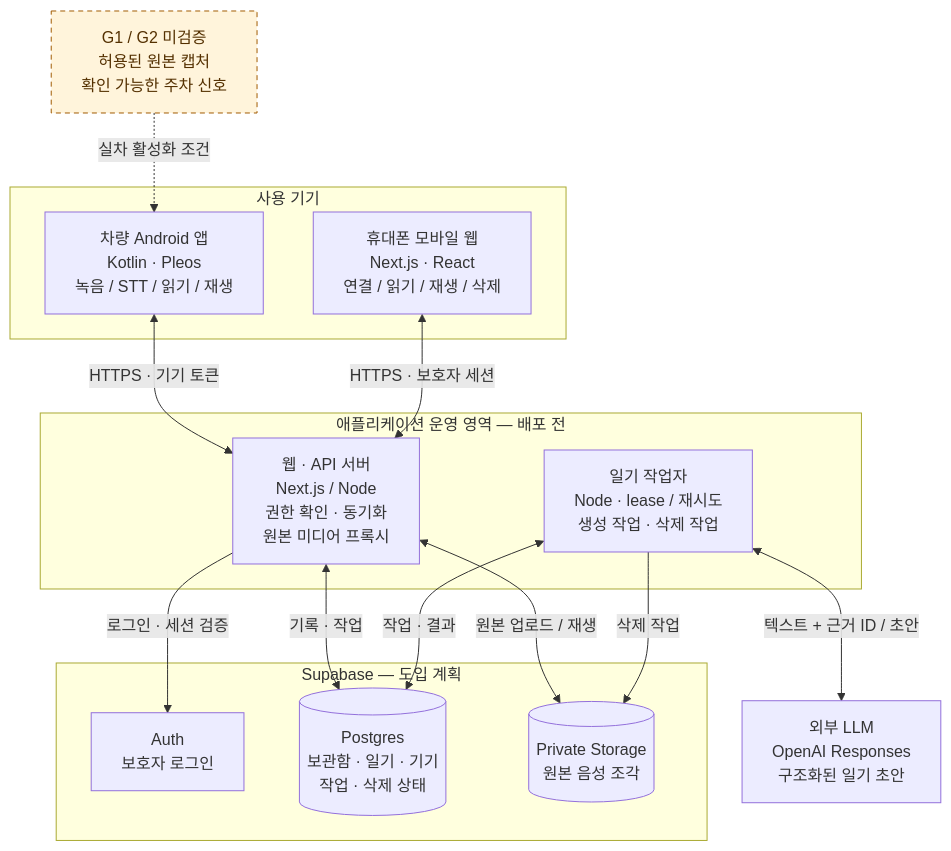
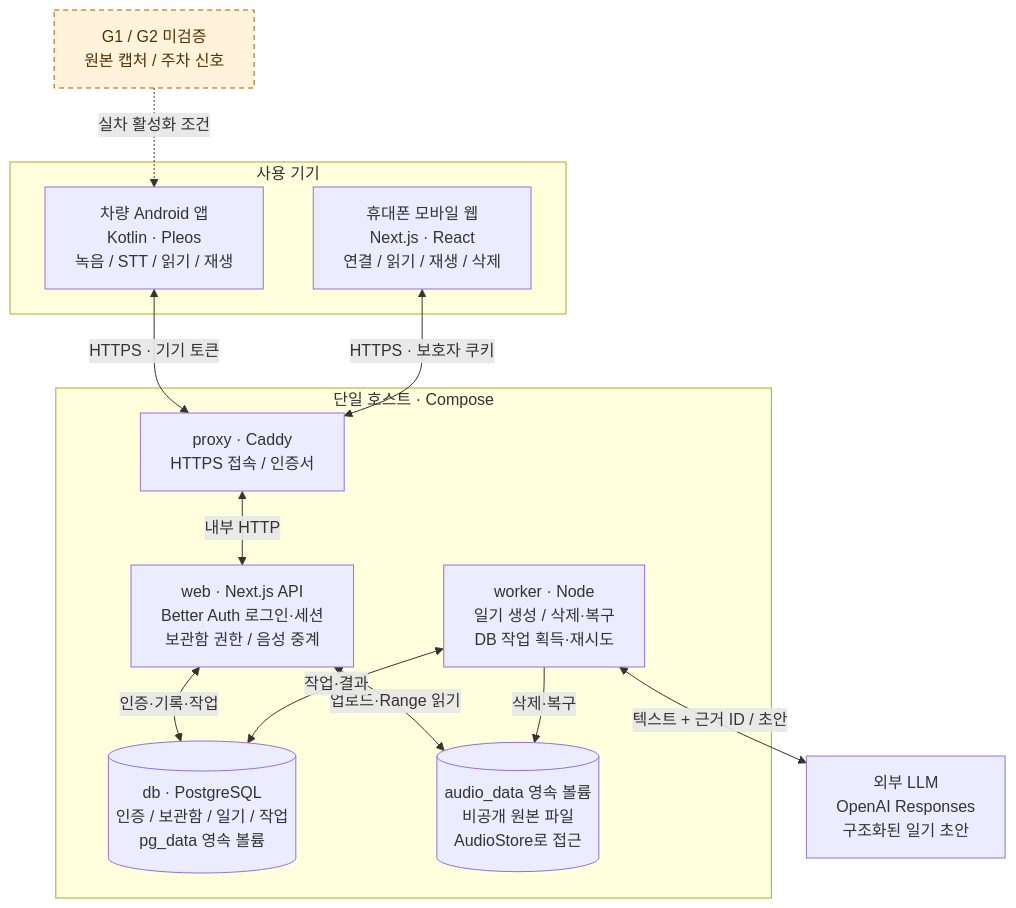
Before and after one commit to LSHgrandvoyage/hmg-family-diary: the diagram in docs/architecture/system.mmd, drawn with Mermaid. The commit also changed 19 other files, not shown here.

Commit message:
docs: replace Supabase plan with Docker Compose prototype

```diff
--- a/docs/architecture/system.mmd
+++ b/docs/architecture/system.mmd
@@ -1,29 +1,27 @@
 flowchart TB
-  accTitle: 가족 여행일기 시스템 아키텍처
-  accDescr: 계획상의 차량 앱과 휴대폰 웹이 인증 API를 통해 보관함을 사용하고 작업자가 텍스트를 정리한다. 차량 원본 캡처와 주차 신호는 미검증이다.
+  accTitle: Docker Compose 기반 가족 여행일기 시스템 아키텍처
+  accDescr: 차량 앱과 휴대폰 웹이 HTTPS 프록시로 단일 호스트의 API에 접속한다. 앱 내부 Better Auth와 PostgreSQL, 비공개 음성 볼륨을 사용한다. 실제 차량 캡처와 주차 신호는 미검증이다.
   subgraph clients["사용 기기"]
     car["차량 Android 앱<br/>Kotlin · Pleos<br/>녹음 / STT / 읽기 / 재생"]
     phone["휴대폰 모바일 웹<br/>Next.js · React<br/>연결 / 읽기 / 재생 / 삭제"]
   end
-  subgraph service["애플리케이션 운영 영역 — 배포 전"]
-    api["웹 · API 서버<br/>Next.js / Node<br/>권한 확인 · 동기화<br/>원본 미디어 프록시"]
-    worker["일기 작업자<br/>Node · lease / 재시도<br/>생성 작업 · 삭제 작업"]
-  end
-  subgraph managed["Supabase — 도입 계획"]
-    auth["Auth<br/>보호자 로그인"]
-    db[("Postgres<br/>보관함 · 일기 · 기기<br/>작업 · 삭제 상태")]
-    files[("Private Storage<br/>원본 음성 조각")]
+  subgraph host["단일 호스트 · Compose"]
+    proxy["proxy · Caddy<br/>HTTPS 접속 / 인증서"]
+    api["web · Next.js API<br/>Better Auth 로그인·세션<br/>보관함 권한 / 음성 중계"]
+    worker["worker · Node<br/>일기 생성 / 삭제·복구<br/>DB 작업 획득·재시도"]
+    db[("db · PostgreSQL<br/>인증 / 보관함 / 일기 / 작업<br/>pg_data 영속 볼륨")]
+    files[("audio_data 영속 볼륨<br/>비공개 원본 파일<br/>AudioStore로 접근")]
   end
   model["외부 LLM<br/>OpenAI Responses<br/>구조화된 일기 초안"]
-  gate["G1 / G2 미검증<br/>허용된 원본 캡처<br/>확인 가능한 주차 신호"]
-  car <-->|"HTTPS · 기기 토큰"| api
-  phone <-->|"HTTPS · 보호자 세션"| api
-  api -->|"로그인 · 세션 검증"| auth
-  api <-->|"기록 · 작업"| db
-  api <-->|"원본 업로드 / 재생"| files
-  worker <-->|"작업 · 결과"| db
-  worker -->|"삭제 작업"| files
+  gate["G1 / G2 미검증<br/>원본 캡처 / 주차 신호"]
+  car <-->|"HTTPS · 기기 토큰"| proxy
+  phone <-->|"HTTPS · 보호자 쿠키"| proxy
+  proxy <-->|"내부 HTTP"| api
+  api <-->|"인증·기록·작업"| db
+  api <-->|"업로드·Range 읽기"| files
+  worker <-->|"작업·결과"| db
+  worker -->|"삭제·복구"| files
   worker <-->|"텍스트 + 근거 ID / 초안"| model
   gate -.->|"실차 활성화 조건"| car
   classDef pending fill:#fff4db,stroke:#a15c00,color:#543000,stroke-dasharray:5 4;
   class gate pending;
```
